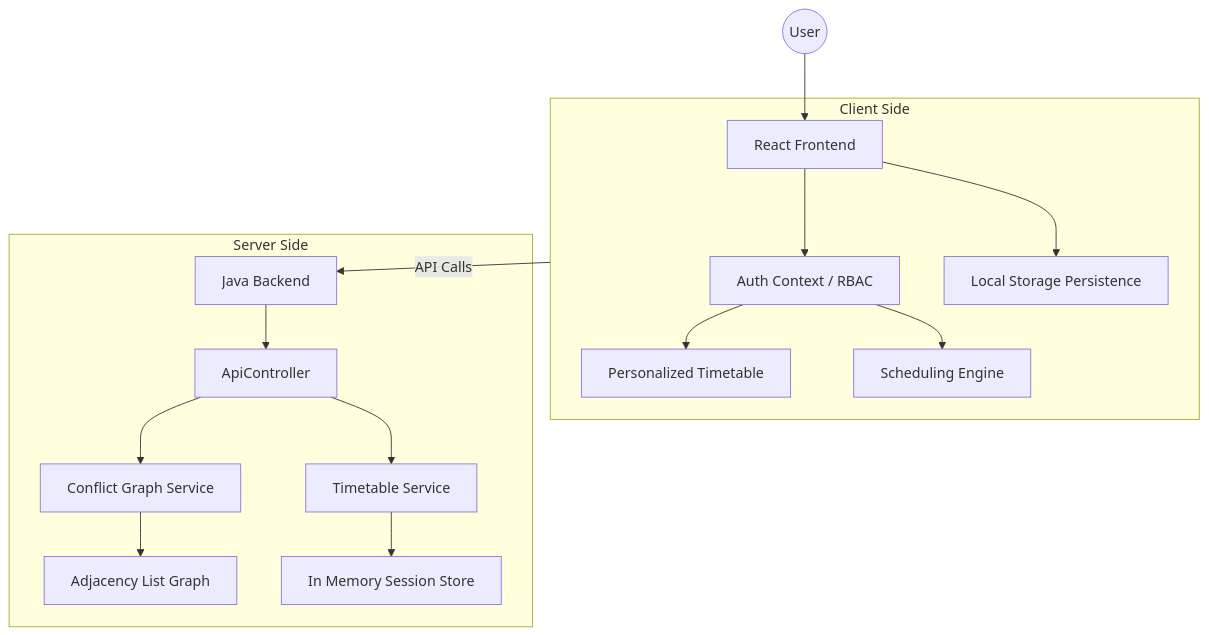
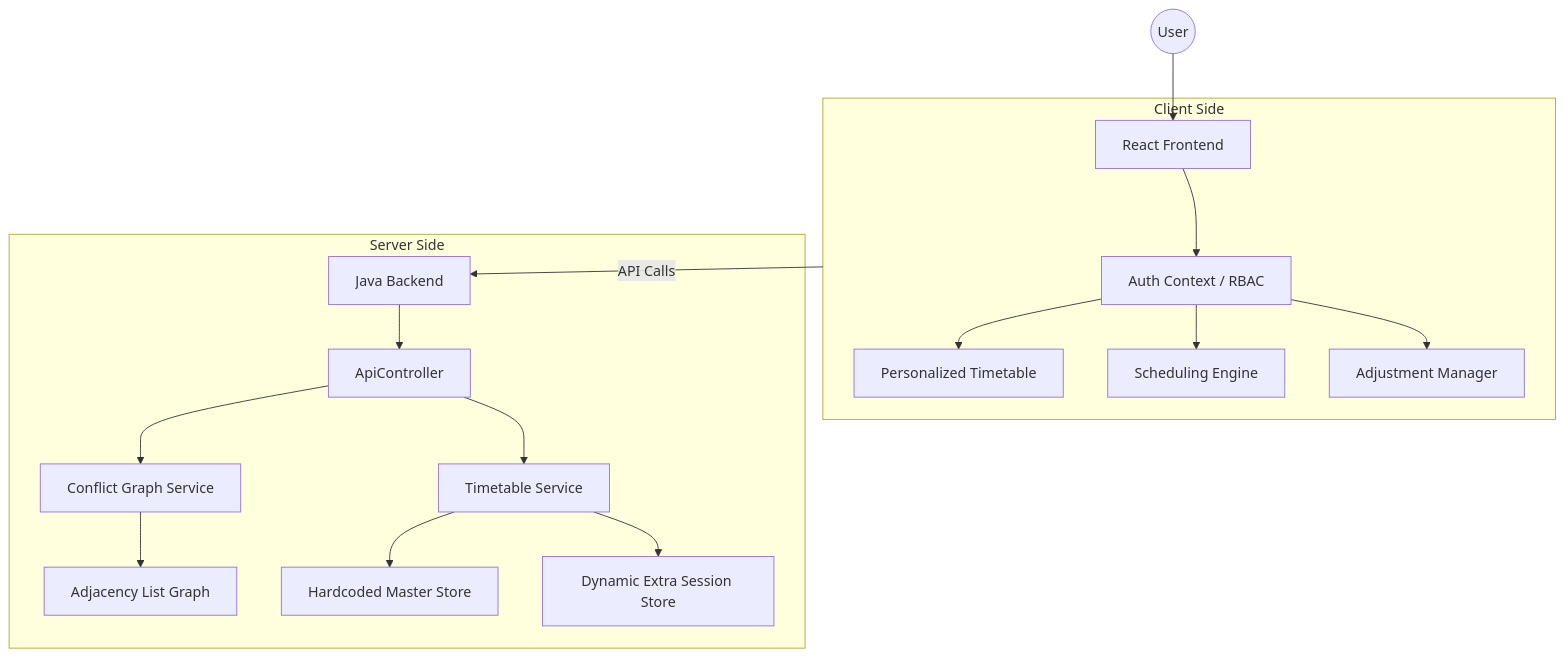
One commit to jhanvi857/CampusFlow changed the first of 3 diagrams in README.md. Above: the diagram before and after it, drawn with Mermaid. The commit also changed other lines of this file, not shown here.

````diff
--- a/README.md
+++ b/README.md
@@ -29,21 +35,22 @@
 ```mermaid
 graph TD
     User((User)) --> Client[React Frontend]
     
     subgraph ClientLayer [Client Side]
         Client --> Auth[Auth Context / RBAC]
-        Client --> Store[Local Storage Persistence]
         Auth --> StudentBoard[Personalized Timetable]
         Auth --> AdminTools[Scheduling Engine]
+        Auth --> AdjMgr[Adjustment Manager]
     end
 
     ClientLayer -- "API Calls" --> Server[Java Backend]
 
     subgraph ServerLayer [Server Side]
         Server --> API[ApiController]
         API --> ConflictSvc[Conflict Graph Service]
         API --> TimetableSvc[Timetable Service]
         ConflictSvc --> GraphModel[Adjacency List Graph]
-        TimetableSvc --> DataStore[In Memory Session Store]
+        TimetableSvc --> DataStore[Hardcoded Master Store]
+        TimetableSvc --> ExtraStore[Dynamic Extra Session Store]
     end
 ```
````
